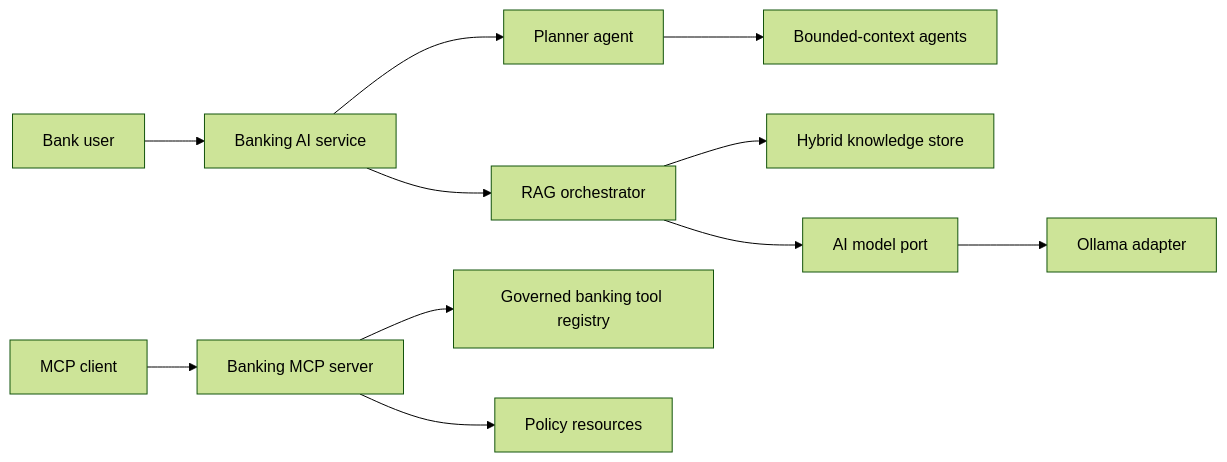
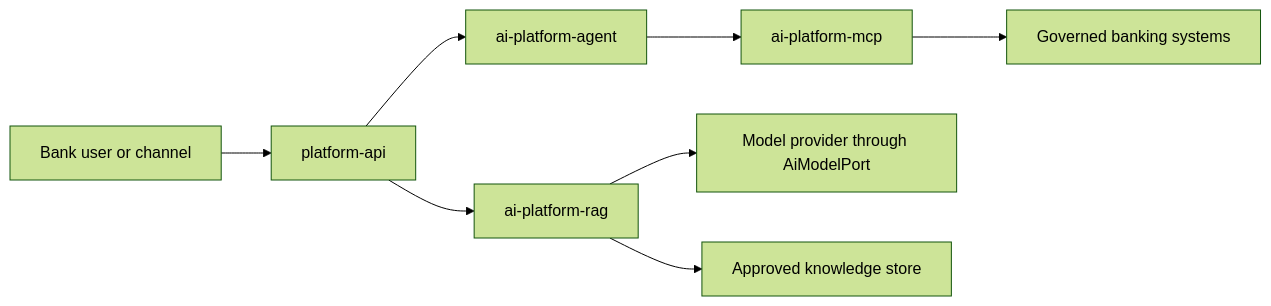
Before and after one commit to rawalpuneet1209/enterprise-ai-platform: the first of 4 diagrams in docs/architecture.md, drawn with Mermaid (forest theme). The commit also changed other lines of this file, not shown here.

Commit message:
Document canonical architecture and change policy

````diff
--- a/docs/architecture.md
+++ b/docs/architecture.md
@@ -3,13 +11,10 @@
 ```mermaid
 flowchart LR
-  User[Bank user] --> API[Banking AI service]
-  API --> Planner[Planner agent]
-  Planner --> Agent[Bounded-context agents]
-  API --> RAG[RAG orchestrator]
-  RAG --> Search[Hybrid knowledge store]
-  RAG --> Model[AI model port]
-  Model --> Ollama[Ollama adapter]
-  MCP[MCP client] --> MCPServer[Banking MCP server]
-  MCPServer --> Tools[Governed banking tool registry]
-  MCPServer --> Resources[Policy resources]
+  User["Bank user or channel"] --> API["platform-api"]
+  API --> Agents["ai-platform-agent"]
+  API --> RAG["ai-platform-rag"]
+  Agents --> MCP["ai-platform-mcp"]
+  RAG --> Model["Model provider through AiModelPort"]
+  RAG --> Knowledge["Approved knowledge store"]
+  MCP --> Banking["Governed banking systems"]
 ```
````
